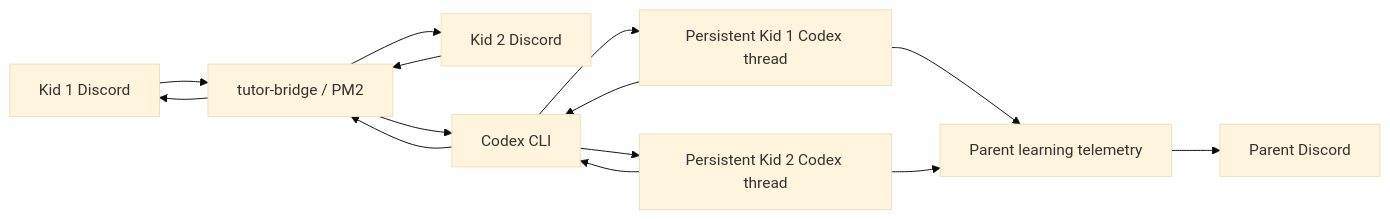
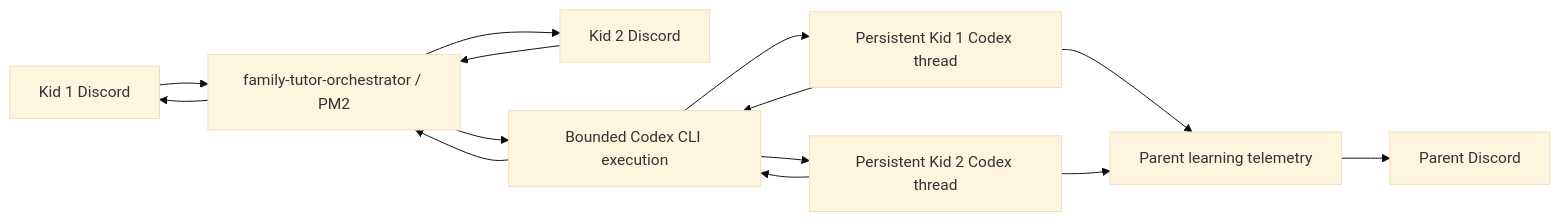
One commit to lalalic/neo changed the diagram in family-tutor/docs/architecture.md. Above: the diagram before and after it, drawn with Mermaid (base theme). The commit also changed 14 other files, not shown here.

Commit message:
promote family tutor to orchestrator service

````diff
--- a/family-tutor/docs/architecture.md
+++ b/family-tutor/docs/architecture.md
@@ -3,16 +3,16 @@
 ```mermaid
 flowchart LR
-  K1[Kid 1 Discord] --> B[tutor-bridge / PM2]
+  K1[Kid 1 Discord] --> B[family-tutor-orchestrator / PM2]
   K2[Kid 2 Discord] --> B
-  B --> C[Codex CLI]
+  B --> C[Bounded Codex CLI execution]
   C --> T1[Persistent Kid 1 Codex thread]
   C --> T2[Persistent Kid 2 Codex thread]
   T1 --> C
   T2 --> C
   C --> B
   B --> K1
   B --> K2
   T1 --> P[Parent learning telemetry]
   T2 --> P
   P --> PD[Parent Discord]
 ```
````
